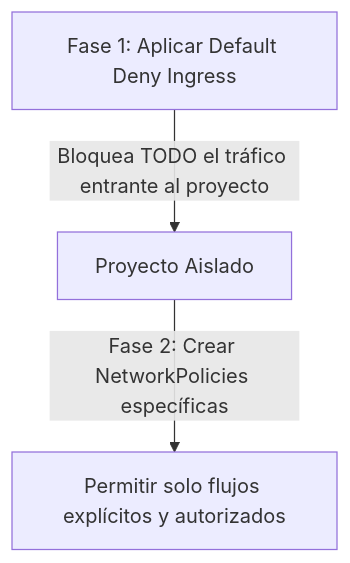
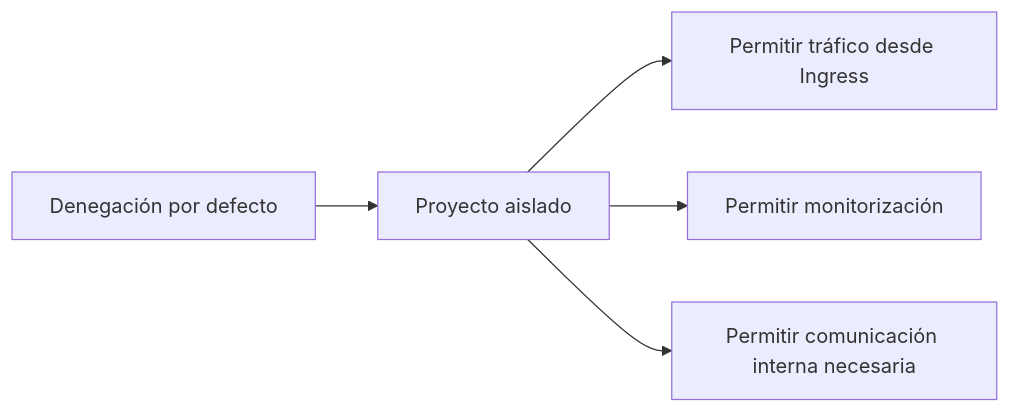
One commit to ieftraining/curso-openshift changed the third of 4 diagrams in docs/sesion4/4.3 Aislamiento de Red.md. Above: the diagram before and after it, drawn with Mermaid. The commit also changed other lines of this file, not shown here.

````diff
--- a/docs/sesion4/4.3 Aislamiento de Red.md
+++ b/docs/sesion4/4.3 Aislamiento de Red.md
@@ -188,5 +304,7 @@
 ```mermaid
-flowchart TD
-    A[Fase 1: Aplicar Default Deny Ingress] -->|Bloquea TODO el tráfico entrante al proyecto| B[Proyecto Aislado]
-    B -->|Fase 2: Crear NetworkPolicies específicas| C[Permitir solo flujos explícitos y autorizados]
+flowchart LR
+    A[Denegación por defecto] --> B[Proyecto aislado]
+    B --> C[Permitir tráfico desde Ingress]
+    B --> D[Permitir monitorización]
+    B --> E[Permitir comunicación interna necesaria]
 ```
````
